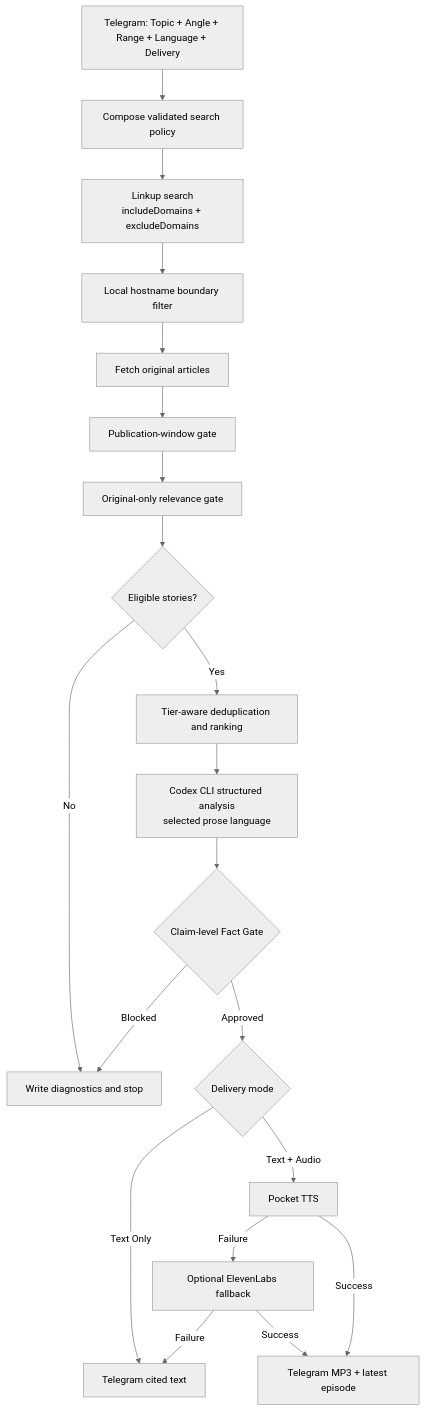
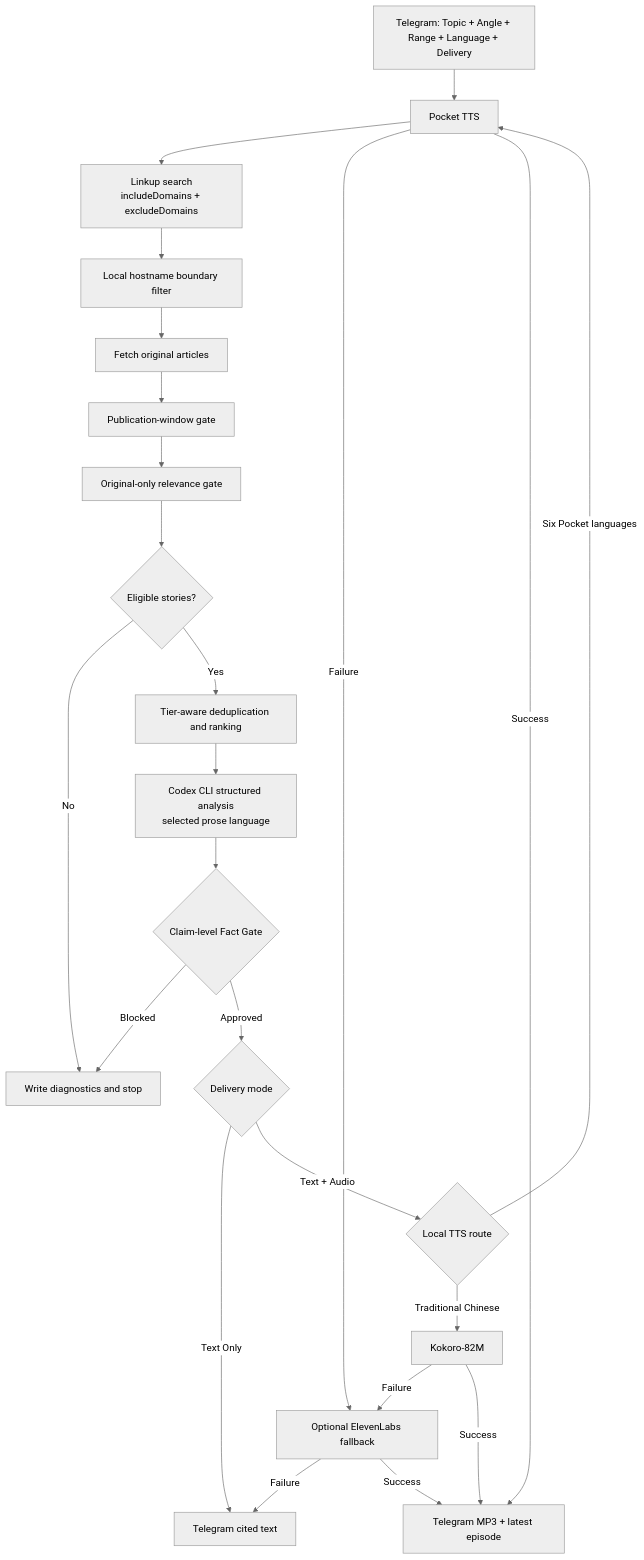
The diagram in README.md (DAVIDshenghuei/Newsroom-Zero), drawn with Mermaid (neutral theme) before and after one commit. The commit also changed other lines of this file and 14 other files, not shown here.

Commit message:
[verified] feat: add Traditional Chinese Kokoro audio

````diff
--- a/README.md
+++ b/README.md
@@ -87,22 +88,26 @@
 ```mermaid
 flowchart TD
     U[Telegram: Topic + Angle + Range + Language + Delivery] --> P[Compose validated search policy]
     P --> L[Linkup search<br/>includeDomains + excludeDomains]
     L --> H[Local hostname boundary filter]
     H --> O[Fetch original articles]
     O --> W[Publication-window gate]
     W --> R[Original-only relevance gate]
     R --> Z{Eligible stories?}
     Z -- No --> D[Write diagnostics and stop]
     Z -- Yes --> K[Tier-aware deduplication and ranking]
     K --> C[Codex CLI structured analysis<br/>selected prose language]
     C --> F{Claim-level Fact Gate}
     F -- Blocked --> D
     F -- Approved --> M{Delivery mode}
     M -- Text Only --> T[Telegram cited text]
-    M -- Text + Audio --> V[Pocket TTS]
-    V -- Failure --> E[Optional ElevenLabs fallback]
+    M -- Text + Audio --> V{Local TTS route}
+    V -- Six Pocket languages --> P[Pocket TTS]
+    V -- Traditional Chinese --> Q[Kokoro-82M]
+    P -- Failure --> E[Optional ElevenLabs fallback]
+    Q -- Failure --> E
     E -- Failure --> T
-    V -- Success --> A[Telegram MP3 + latest episode]
+    P -- Success --> A[Telegram MP3 + latest episode]
+    Q -- Success --> A
     E -- Success --> A
 ```
````
